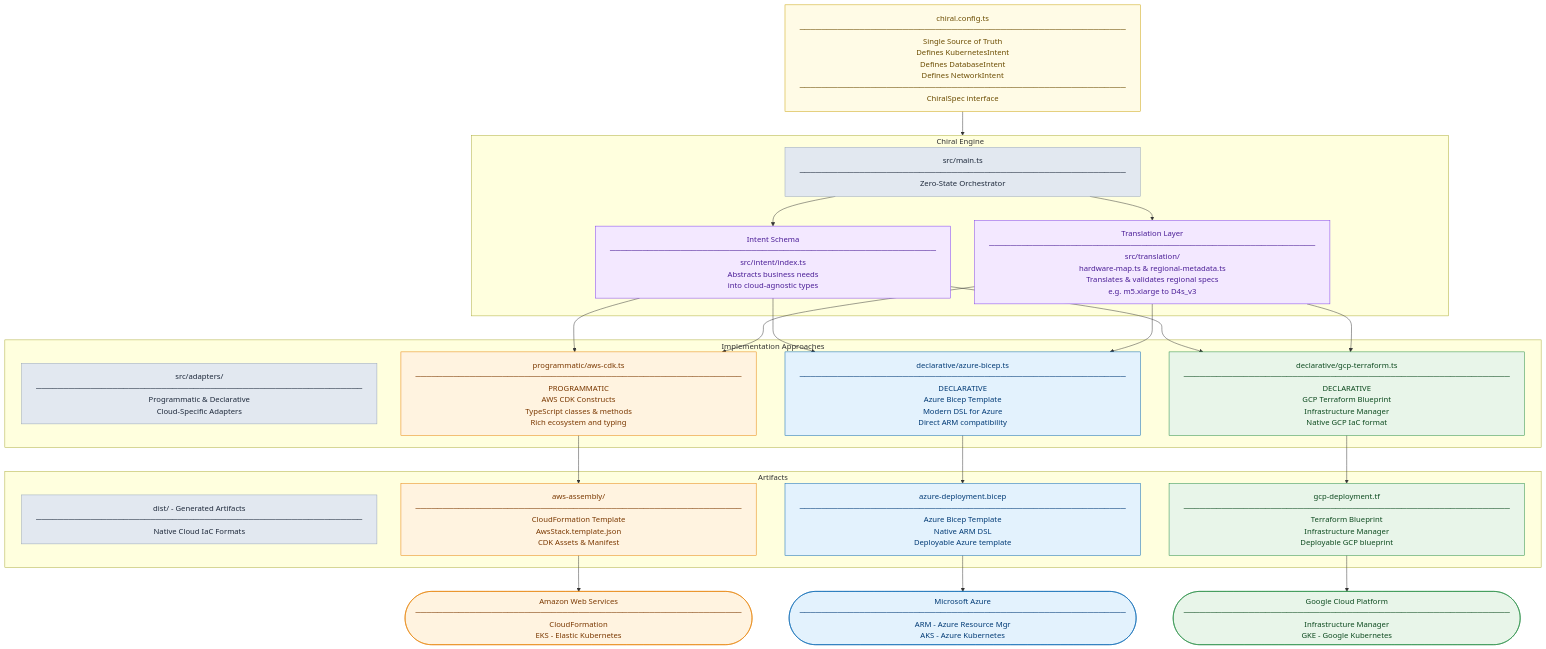
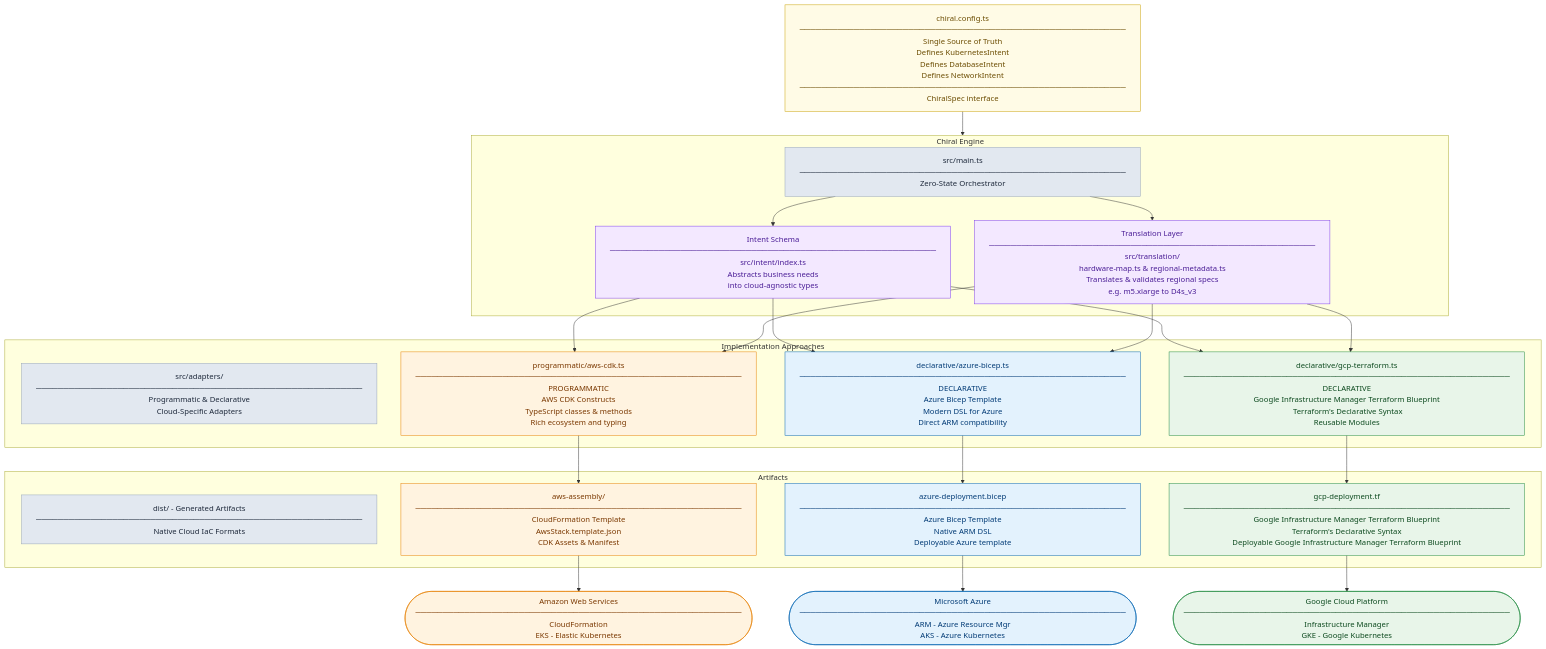
The diagram in README.md (lloydchang/chiral-infrastructure-as-code), drawn with Mermaid before and after one commit. The commit also changed other lines of this file, not shown here.

First line of the commit message:
docs(README.md): synchronize terminology for GCP

````diff
--- a/README.md
+++ b/README.md
@@ -397,51 +397,51 @@
 ```mermaid
 flowchart TD
     classDef config   fill:#fffbe6,stroke:#c9a000,color:#6b4c00
     classDef engine   fill:#f3e8ff,stroke:#7c3aed,color:#4a1d96
     classDef awsNode  fill:#fff3e0,stroke:#e67e00,color:#7a3800
     classDef azNode   fill:#e3f2fd,stroke:#0063b1,color:#003a75
     classDef gcpNode  fill:#e8f5e9,stroke:#1e8a3e,color:#0d4a1f
     classDef header   fill:#e2e8f0,stroke:#94a3b8,color:#1e293b
 
     CONFIG[chiral.config.ts<br/>────────────────────────────────────────────────────────────<br/>Single Source of Truth<br/>Defines KubernetesIntent<br/>Defines DatabaseIntent<br/>Defines NetworkIntent<br/>────────────────────────────────────────────────────────────<br/>ChiralSpec interface]:::config
 
     subgraph ENGINE[Chiral Engine]
         EH[src/main.ts<br/>────────────────────────────────────────────────────────────<br/>Zero-State Orchestrator]:::header
         INTENT[Intent Schema<br/>────────────────────────────────────────────────────────────<br/>src/intent/index.ts<br/>Abstracts business needs<br/>into cloud-agnostic types]:::engine
         TRANSLATION[Translation Layer<br/>────────────────────────────────────────────────────────────<br/>src/translation/<br/>hardware-map.ts & regional-metadata.ts<br/>Translates & validates regional specs<br/>e.g. m5.xlarge to D4s_v3]:::engine
     end
 
     subgraph ADAPTERS[Implementation Approaches]
         AH[src/adapters/<br/>────────────────────────────────────────────────────────────<br/>Programmatic & Declarative<br/>Cloud-Specific Adapters]:::header
         AWS_A[programmatic/aws-cdk.ts<br/>────────────────────────────────────────────────────────────<br/>PROGRAMMATIC<br/>AWS CDK Constructs<br/>TypeScript classes & methods<br/>Rich ecosystem and typing]:::awsNode
         AZURE_A[declarative/azure-bicep.ts<br/>────────────────────────────────────────────────────────────<br/>DECLARATIVE<br/>Azure Bicep Template<br/>Modern DSL for Azure<br/>Direct ARM compatibility]:::azNode
-        GCP_A[declarative/gcp-terraform.ts<br/>────────────────────────────────────────────────────────────<br/>DECLARATIVE<br/>GCP Terraform Blueprint<br/>Infrastructure Manager<br/>Native GCP IaC format]:::gcpNode
+        GCP_A[declarative/gcp-terraform.ts<br/>────────────────────────────────────────────────────────────<br/>DECLARATIVE<br/>Google Infrastructure Manager Terraform Blueprint<br/> Terraform's Declarative Syntax<br/>Reusable Modules]:::gcpNode
     end
 
     subgraph DIST[Artifacts]
         DH[dist/ - Generated Artifacts<br/>────────────────────────────────────────────────────────────<br/>Native Cloud IaC Formats]:::header
         AWS_D[aws-assembly/<br/>────────────────────────────────────────────────────────────<br/>CloudFormation Template<br/>AwsStack.template.json<br/>CDK Assets & Manifest]:::awsNode
         AZURE_D[azure-deployment.bicep<br/>────────────────────────────────────────────────────────────<br/>Azure Bicep Template<br/>Native ARM DSL<br/>Deployable Azure template]:::azNode
-        GCP_D[gcp-deployment.tf<br/>────────────────────────────────────────────────────────────<br/>Terraform Blueprint<br/>Infrastructure Manager<br/>Deployable GCP blueprint]:::gcpNode
+        GCP_D[gcp-deployment.tf<br/>────────────────────────────────────────────────────────────<br/>Google Infrastructure Manager Terraform Blueprint<br/>Terraform's Declarative Syntax<br/>Deployable Google Infrastructure Manager Terraform Blueprint]:::gcpNode
     end
 
     AWS_C([Amazon Web Services<br/>────────────────────────────────────────────────────────────<br/>CloudFormation<br/>EKS - Elastic Kubernetes]):::awsNode
     AZURE_C([Microsoft Azure<br/>────────────────────────────────────────────────────────────<br/>ARM - Azure Resource Mgr<br/>AKS - Azure Kubernetes]):::azNode
     GCP_C([Google Cloud Platform<br/>────────────────────────────────────────────────────────────<br/>Infrastructure Manager<br/>GKE - Google Kubernetes]):::gcpNode
 
     CONFIG --> ENGINE
     EH --> INTENT
     EH --> TRANSLATION
     INTENT --> AWS_A
     INTENT --> AZURE_A
     INTENT --> GCP_A
     TRANSLATION --> AWS_A
     TRANSLATION --> AZURE_A
     TRANSLATION --> GCP_A
     AWS_A --> AWS_D
     AZURE_A --> AZURE_D
     GCP_A --> GCP_D
     AWS_D --> AWS_C
     AZURE_D --> AZURE_C
     GCP_D --> GCP_C
 ```
````
